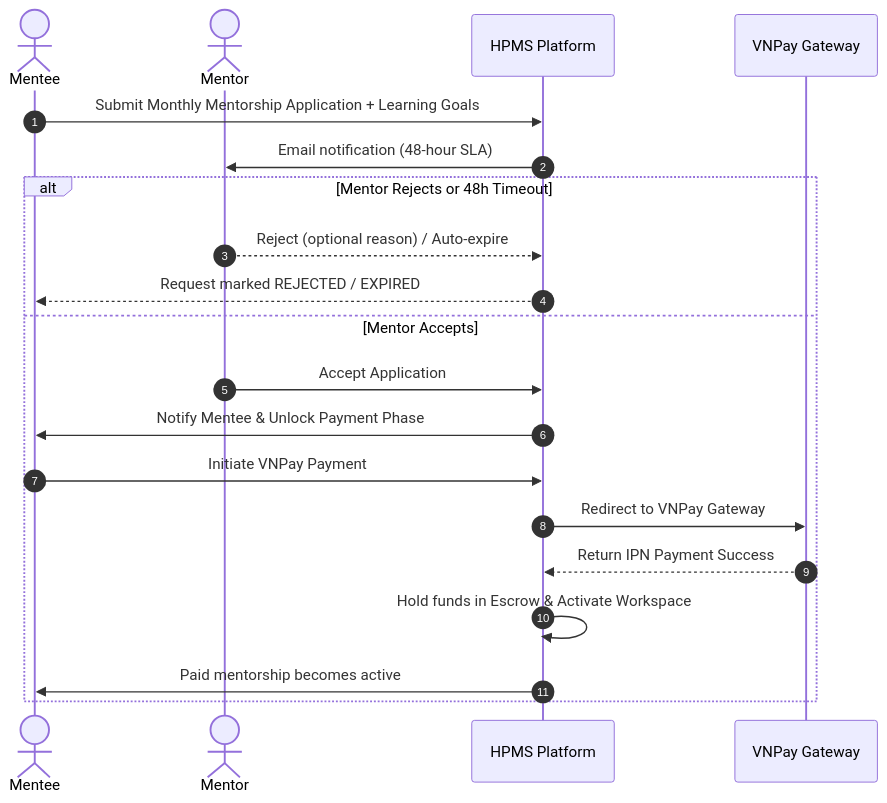
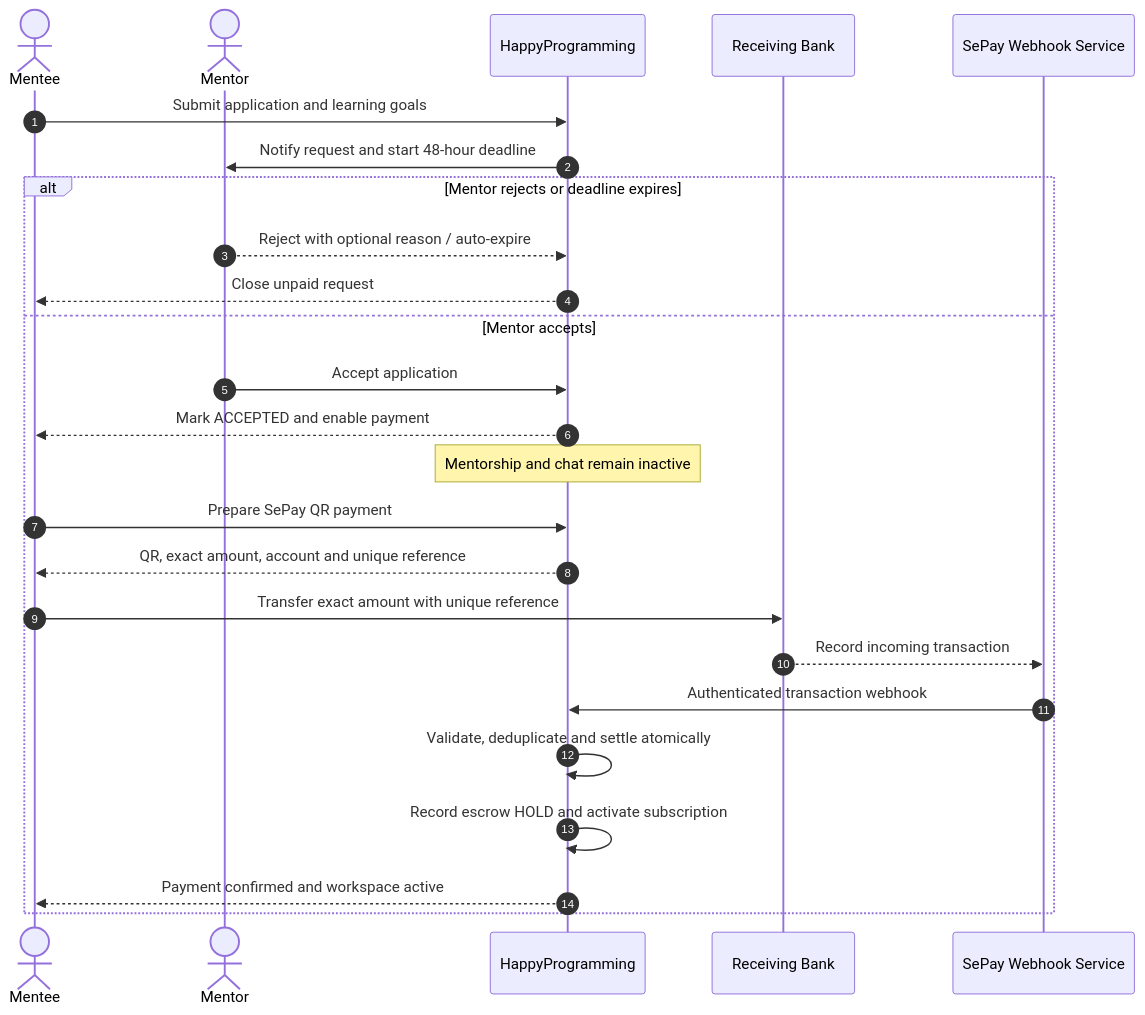
Before and after one commit to linhntn2911/Happy-Programming-Mentorship-System: the diagram in specs/SPEC.md, drawn with Mermaid. The commit also changed other lines of this file and 44 other files, not shown here.

Commit message:
feat: tich hop cong thanh toan SePay cho mentorship checkout

````diff
--- a/specs/SPEC.md
+++ b/specs/SPEC.md
@@ -39,23 +49,28 @@
 ```mermaid
 sequenceDiagram
     autonumber
     actor Mentee
     actor Mentor
-    participant System as HPMS Platform
-    participant VNPay as VNPay Gateway
+    participant System as HappyProgramming
+    participant Bank as Receiving Bank
+    participant SePay as SePay Webhook Service
 
-    Mentee->>System: Submit Monthly Mentorship Application + Learning Goals
-    System->>Mentor: Email notification (48-hour SLA)
-    alt Mentor Rejects or 48h Timeout
-        Mentor-->>System: Reject (optional reason) / Auto-expire
-        System-->>Mentee: Request marked REJECTED / EXPIRED
-    else Mentor Accepts
-        Mentor->>System: Accept Application
-        System->>Mentee: Notify Mentee & Unlock Payment Phase
-        Mentee->>System: Initiate VNPay Payment
-        System->>VNPay: Redirect to VNPay Gateway
-        VNPay-->>System: Return IPN Payment Success
-        System->>System: Hold funds in Escrow & Activate Workspace
-        System->>Mentee: Paid mentorship becomes active
+    Mentee->>System: Submit application and learning goals
+    System->>Mentor: Notify request and start 48-hour deadline
+    alt Mentor rejects or deadline expires
+        Mentor-->>System: Reject with optional reason / auto-expire
+        System-->>Mentee: Close unpaid request
+    else Mentor accepts
+        Mentor->>System: Accept application
+        System-->>Mentee: Mark ACCEPTED and enable payment
+        Note over System: Mentorship and chat remain inactive
+        Mentee->>System: Prepare SePay QR payment
+        System-->>Mentee: QR, exact amount, account and unique reference
+        Mentee->>Bank: Transfer exact amount with unique reference
+        Bank-->>SePay: Record incoming transaction
+        SePay->>System: Authenticated transaction webhook
+        System->>System: Validate, deduplicate and settle atomically
+        System->>System: Record escrow HOLD and activate subscription
+        System-->>Mentee: Payment confirmed and workspace active
     end
 ```
````
